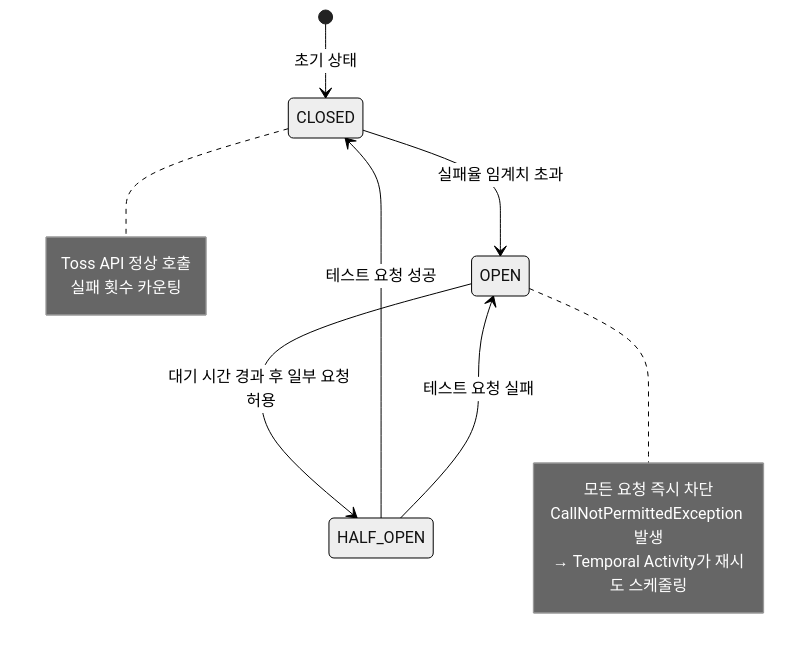
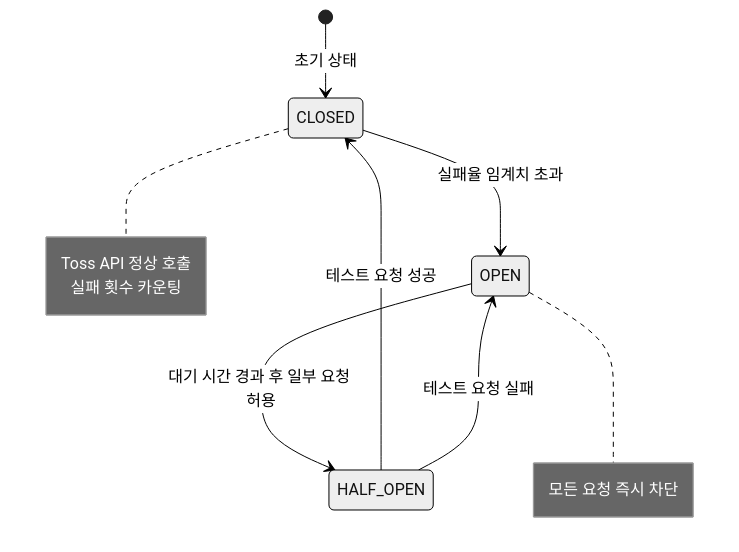
The tenth of 11 diagrams in spot-payment/README.md (spot-ticket/Spot), drawn with Mermaid (neutral theme) before and after one commit. The commit also changed other lines of this file, not shown here.

````diff
--- a/spot-payment/README.md
+++ b/spot-payment/README.md
@@ -367,20 +366,18 @@
 ```mermaid
 stateDiagram-v2
     [*] --> CLOSED : 초기 상태
 
     CLOSED --> OPEN : 실패율 임계치 초과
     note right of CLOSED
         Toss API 정상 호출
         실패 횟수 카운팅
     end note
 
     OPEN --> HALF_OPEN : 대기 시간 경과 후 일부 요청 허용
     note right of OPEN
         모든 요청 즉시 차단
-        CallNotPermittedException 발생
-        → Temporal Activity가 재시도 스케줄링
     end note
 
     HALF_OPEN --> CLOSED : 테스트 요청 성공
     HALF_OPEN --> OPEN : 테스트 요청 실패
 ```
````
